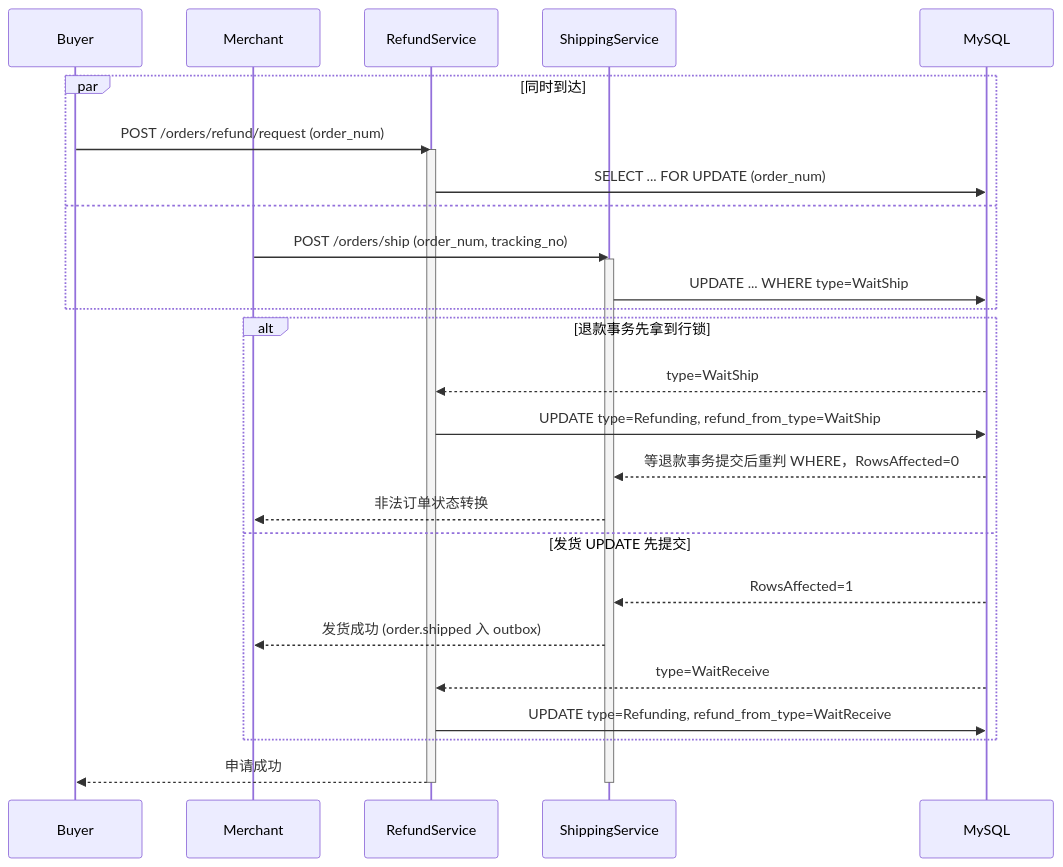
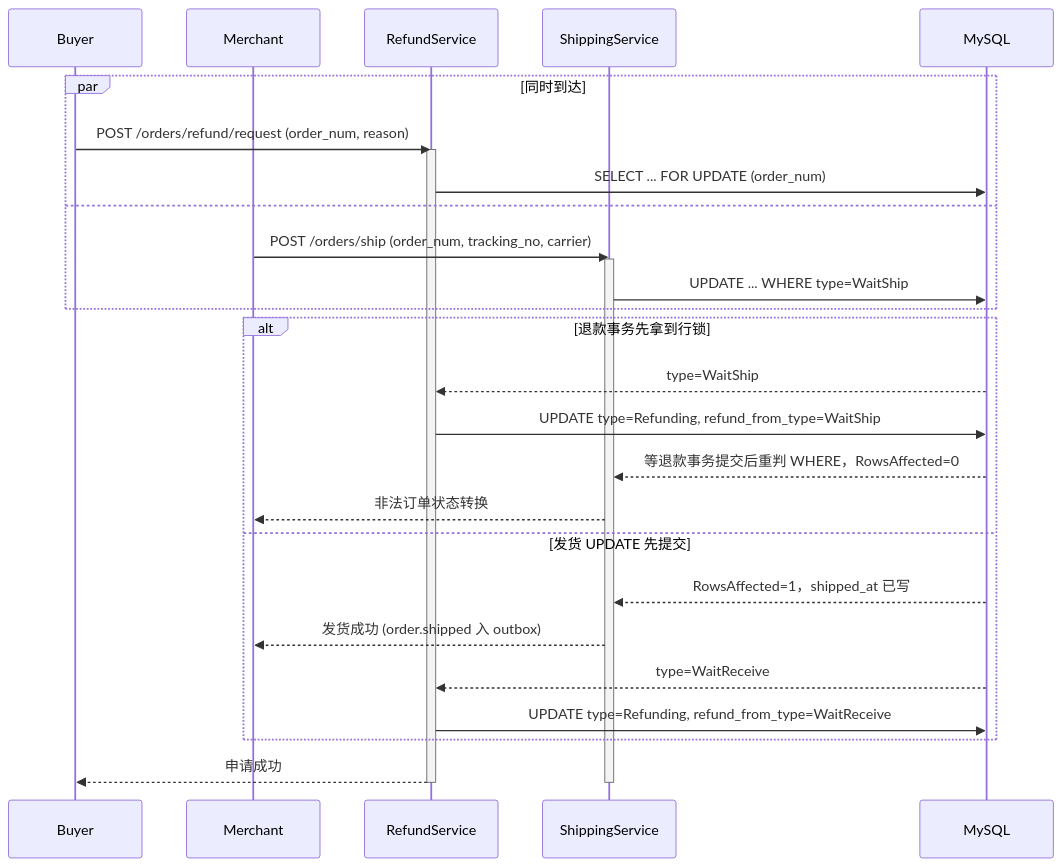
The second of 4 diagrams in docs/lecture/19-fulfillment-aftersales.md (RedInn7/gomall), drawn with Mermaid before and after one commit. The commit also changed other lines of this file and 1 other file, not shown here.

````diff
--- a/docs/lecture/19-fulfillment-aftersales.md
+++ b/docs/lecture/19-fulfillment-aftersales.md
@@ -133,32 +148,32 @@
 ```mermaid
 sequenceDiagram
     participant Buyer as Buyer
     participant Merchant as Merchant
     participant RefundSvc as RefundService
     participant ShipSvc as ShippingService
     participant DB as MySQL
 
     par 同时到达
-        Buyer->>RefundSvc: POST /orders/refund/request (order_num)
+        Buyer->>RefundSvc: POST /orders/refund/request (order_num, reason)
         activate RefundSvc
         RefundSvc->>DB: SELECT ... FOR UPDATE (order_num)
     and
-        Merchant->>ShipSvc: POST /orders/ship (order_num, tracking_no)
+        Merchant->>ShipSvc: POST /orders/ship (order_num, tracking_no, carrier)
         activate ShipSvc
         ShipSvc->>DB: UPDATE ... WHERE type=WaitShip
     end
     alt 退款事务先拿到行锁
         DB-->>RefundSvc: type=WaitShip
         RefundSvc->>DB: UPDATE type=Refunding, refund_from_type=WaitShip
         DB-->>ShipSvc: 等退款事务提交后重判 WHERE，RowsAffected=0
         ShipSvc-->>Merchant: 非法订单状态转换
     else 发货 UPDATE 先提交
-        DB-->>ShipSvc: RowsAffected=1
+        DB-->>ShipSvc: RowsAffected=1，shipped_at 已写
         ShipSvc-->>Merchant: 发货成功 (order.shipped 入 outbox)
         DB-->>RefundSvc: type=WaitReceive
         RefundSvc->>DB: UPDATE type=Refunding, refund_from_type=WaitReceive
     end
     RefundSvc-->>Buyer: 申请成功
     deactivate RefundSvc
     deactivate ShipSvc
 ```
````
